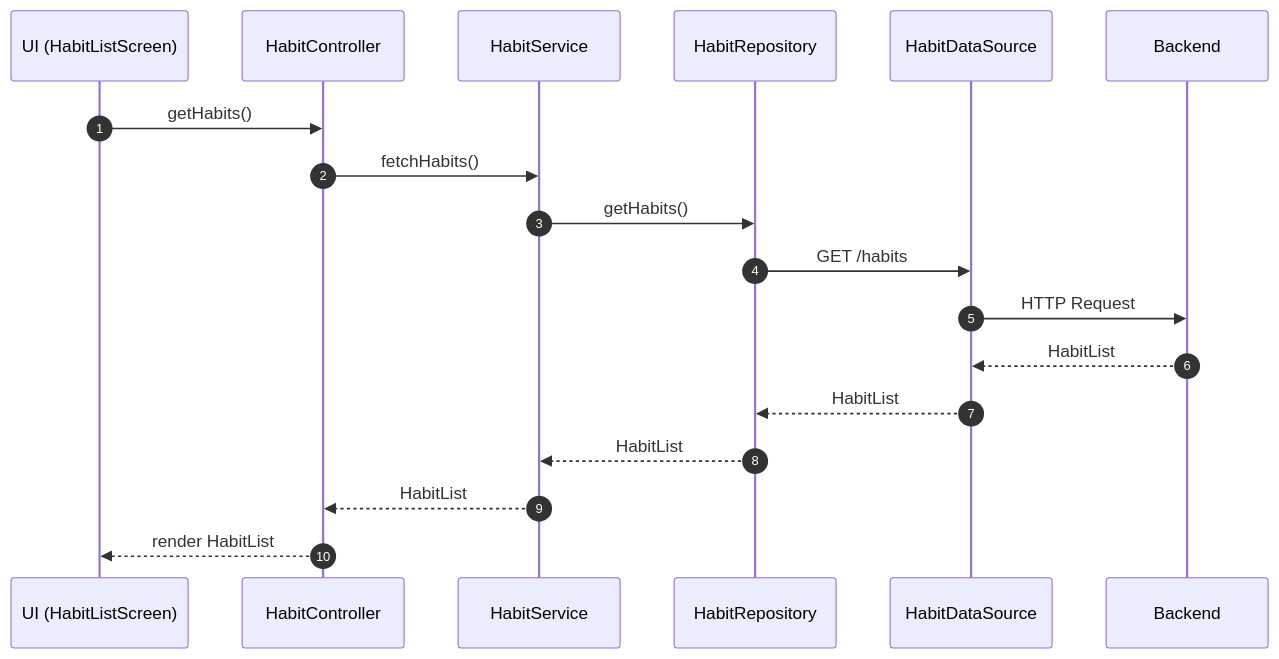
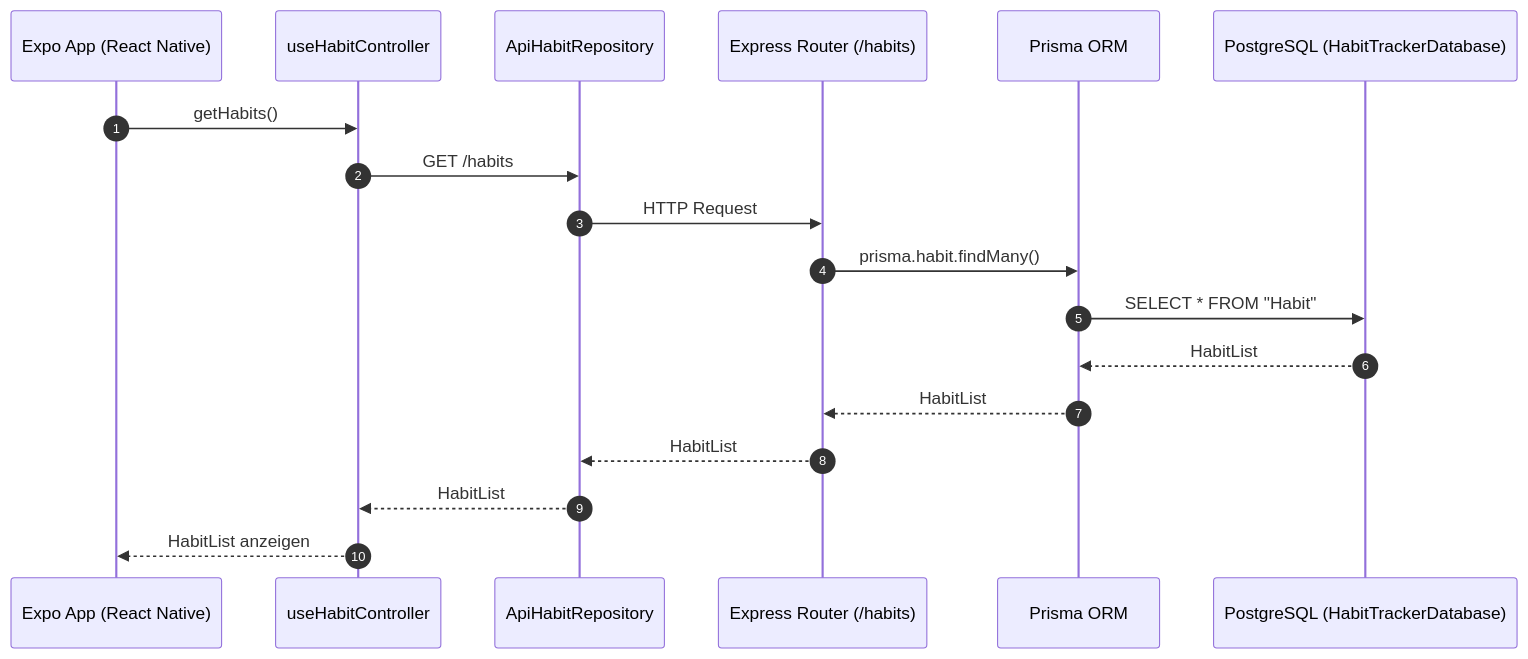
Before and after one commit to kimi-xi/diagram_demo: the second of 6 diagrams in sequenzdiagramme.adoc, drawn with Mermaid. The commit also changed other lines of this file, not shown here.

Commit message:
Refactor sequence diagrams for login and habits

```diff
--- a/sequenzdiagramme.adoc
+++ b/sequenzdiagramme.adoc
@@ -53,22 +71,22 @@
 [mermaid]
 ----
 sequenceDiagram
     autonumber
-    participant UI as UI (HabitListScreen)
-    participant HC as HabitController
-    participant HS as HabitService
-    participant HR as HabitRepository
-    participant DS as HabitDataSource
-    participant BE as Backend
+    participant Expo as Expo App (React Native)
+    participant FEHabit as useHabitController
+    participant ApiRepo as ApiHabitRepository
+    participant Express as Express Router (/habits)
+    participant Prisma as Prisma ORM
+    participant PG as PostgreSQL (HabitTrackerDatabase)
 
-    UI->>HC: getHabits()
-    HC->>HS: fetchHabits()
-    HS->>HR: getHabits()
-    HR->>DS: GET /habits
-    DS->>BE: HTTP Request
-    BE-->>DS: HabitList
-    DS-->>HR: HabitList
-    HR-->>HS: HabitList
-    HS-->>HC: HabitList
-    HC-->>UI: render HabitList
+    Expo->>FEHabit: getHabits()
+    FEHabit->>ApiRepo: GET /habits
+    ApiRepo->>Express: HTTP Request
+    Express->>Prisma: prisma.habit.findMany()
+    Prisma->>PG: SELECT * FROM "Habit"
+    PG-->>Prisma: HabitList
+    Prisma-->>Express: HabitList
+    Express-->>ApiRepo: HabitList
+    ApiRepo-->>FEHabit: HabitList
+    FEHabit-->>Expo: HabitList anzeigen
 ----
```
